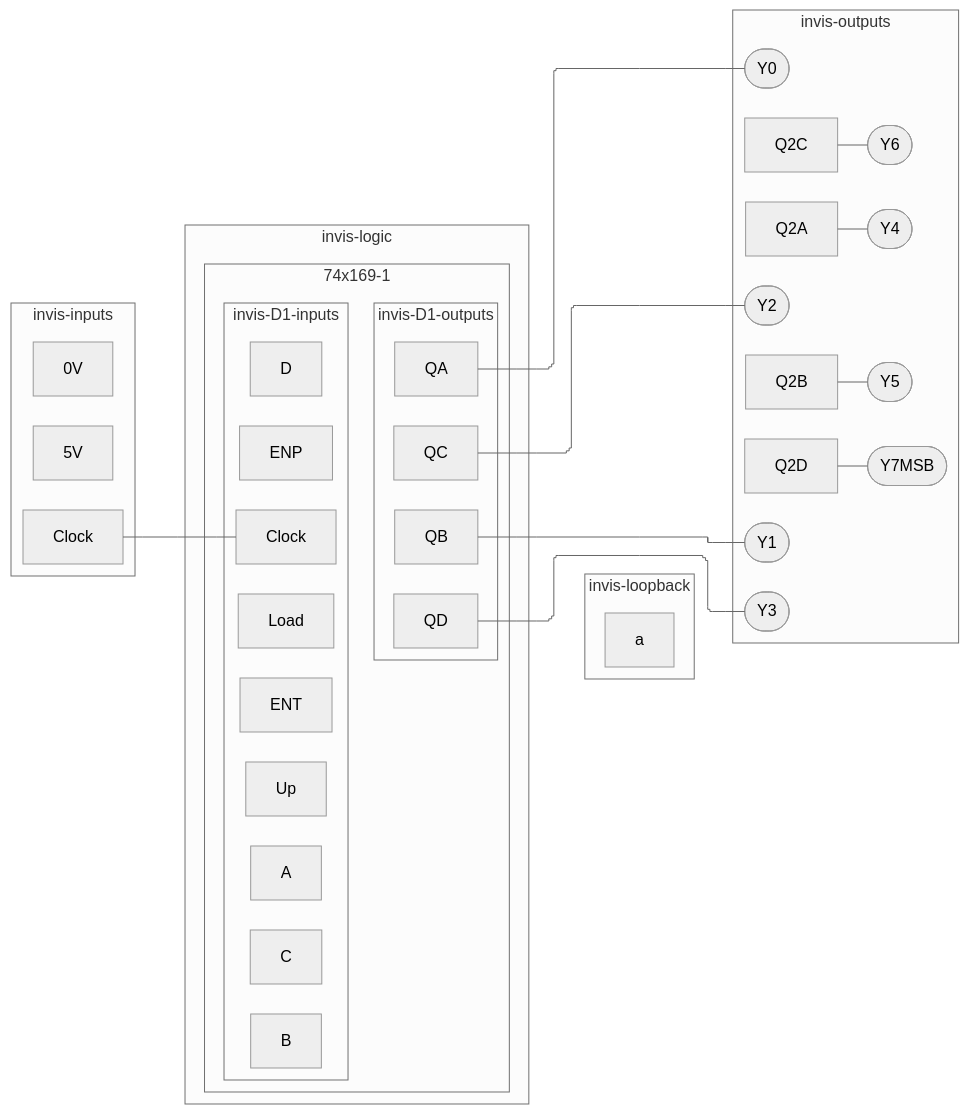
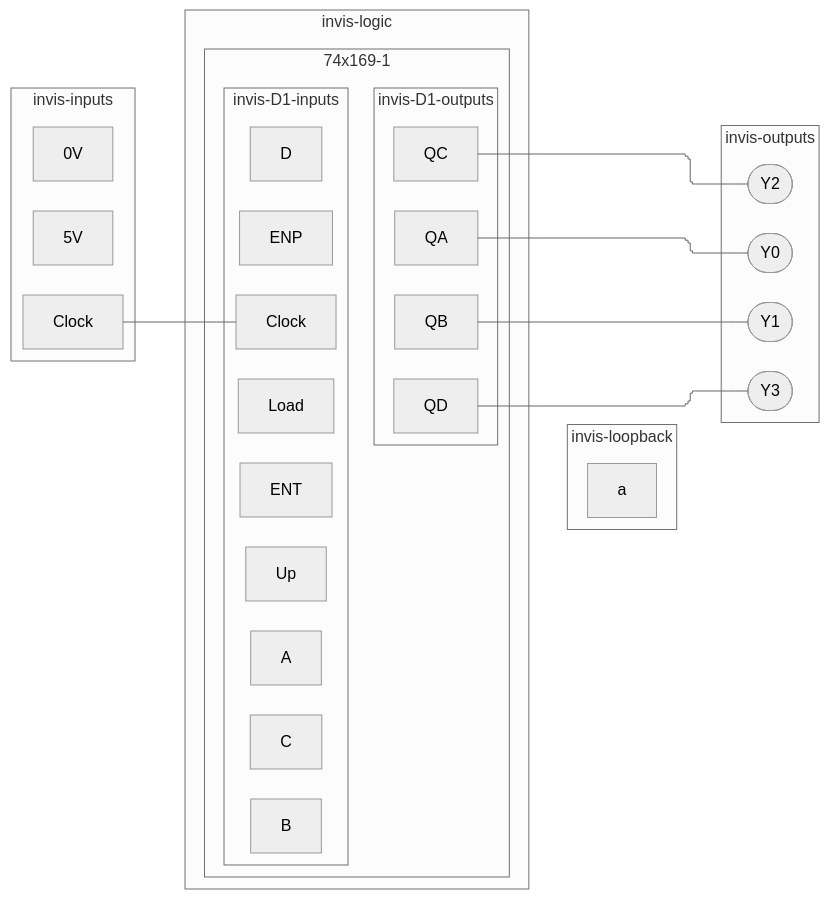
One commit to tnichols217/notes changed the eighth of 8 diagrams in CSDS 281 - Logic Design/HW/8/Tables.md. Above: the diagram before and after it, drawn with Mermaid (neutral theme). The commit also changed 2 other files, not shown here.

Commit message:
vault backup: 2024-04-05 07:42:16

````diff
--- a/CSDS 281 - Logic Design/HW/8/Tables.md
+++ b/CSDS 281 - Logic Design/HW/8/Tables.md
@@ -409,47 +409,43 @@
 ```mermaid
 %%{ init: { 'flowchart': { 'curve': 'stepBefore', "defaultRenderer": "elk" } } }%%
 flowchart LR
 subgraph invis-inputs
 	Clock
 	5V
 	0V
 end
 subgraph invis-logic
 	subgraph 74x169-1
 		subgraph invis-D1-inputs
 			D1c[Clock]
 			D1UP[Up]
 			D1LD[Load]
 			D1ENP[ENP]
 			D1ENT[ENT]
 			D1A[A]
 			D1B[B]
 			D1C[C]
 			D1D[D]
 		end
 		Clock --- D1c
 		subgraph invis-D1-outputs
 			Q1A[QA]
 			Q1B[QB]
 			Q1C[QC]
 			Q1D[QD]
 		end
 		invis-D1-inputs ~~~ invis-D1-outputs
 	end
 	
 end
 subgraph invis-loopback
 	a
 end
 subgraph invis-outputs
 		Q1A --- Y0([Y0])
 		Q1B --- Y1([Y1])
 		Q1C --- Y2([Y2])
 		Q1D --- Y3([Y3])
-		Q2A --- Y4([Y4])
-		Q2B --- Y5([Y5])
-		Q2C --- Y6([Y6])
-		Q2D --- Y7([Y7MSB])
 end
 invis-inputs ~~~ invis-logic ~~~ invis-loopback ~~~ invis-outputs
 ```
````
